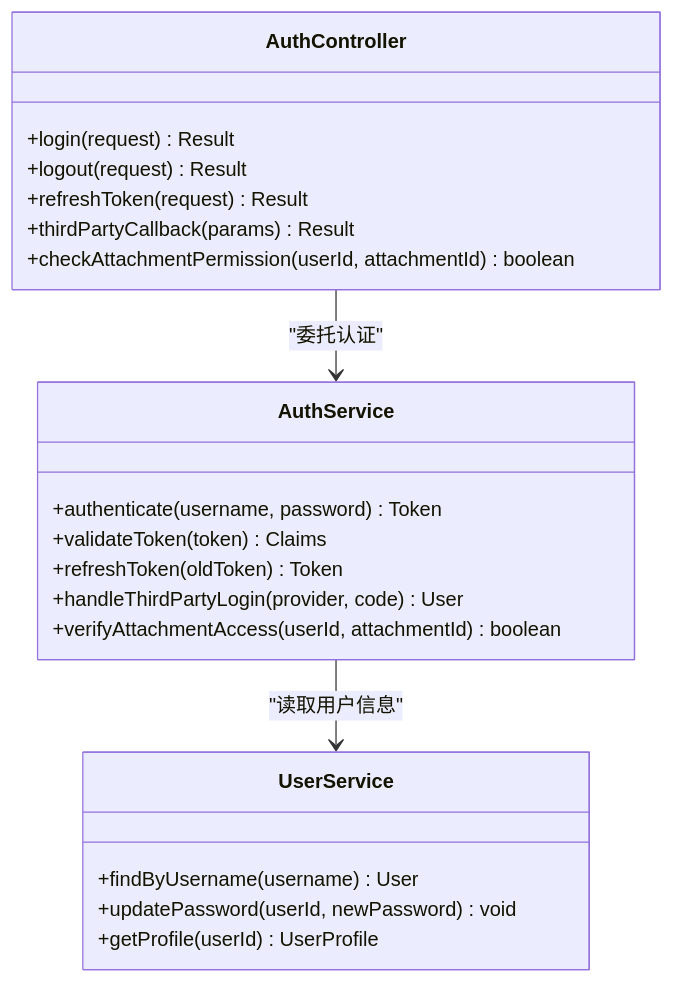
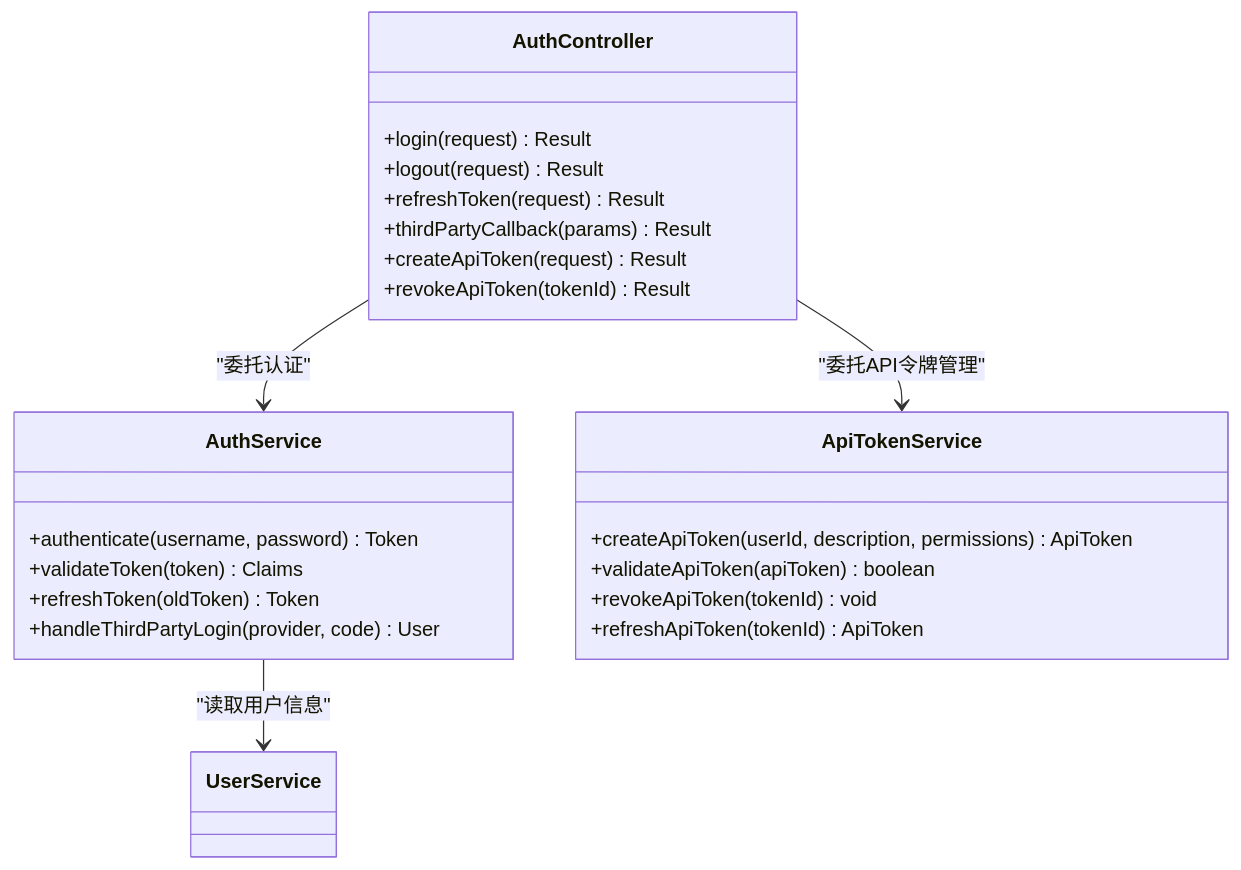
One commit to liming-lihaini/workflow changed the third of 14 diagrams in .qoder/repowiki/zh/content/API接口文档/用户认证API.md. Above: the diagram before and after it, drawn with Mermaid. The commit also changed other lines of this file and 45 other files, not shown here.

````diff
--- a/.qoder/repowiki/zh/content/API接口文档/用户认证API.md
+++ b/.qoder/repowiki/zh/content/API接口文档/用户认证API.md
@@ -158,24 +156,26 @@
 ```mermaid
 classDiagram
 class AuthController {
 +login(request) Result
 +logout(request) Result
 +refreshToken(request) Result
 +thirdPartyCallback(params) Result
-+checkAttachmentPermission(userId, attachmentId) boolean
++createApiToken(request) Result
++revokeApiToken(tokenId) Result
 }
 class AuthService {
 +authenticate(username, password) Token
 +validateToken(token) Claims
 +refreshToken(oldToken) Token
 +handleThirdPartyLogin(provider, code) User
-+verifyAttachmentAccess(userId, attachmentId) boolean
 }
-class UserService {
-+findByUsername(username) User
-+updatePassword(userId, newPassword) void
-+getProfile(userId) UserProfile
+class ApiTokenService {
++createApiToken(userId, description, permissions) ApiToken
++validateApiToken(apiToken) boolean
++revokeApiToken(tokenId) void
++refreshApiToken(tokenId) ApiToken
 }
 AuthController --> AuthService : "委托认证"
+AuthController --> ApiTokenService : "委托API令牌管理"
 AuthService --> UserService : "读取用户信息"
 ```
````
